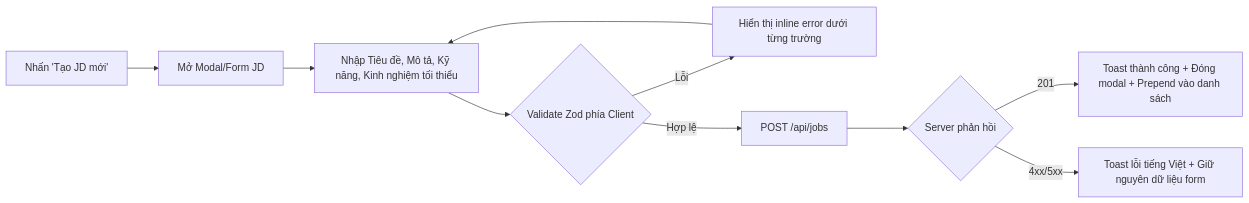
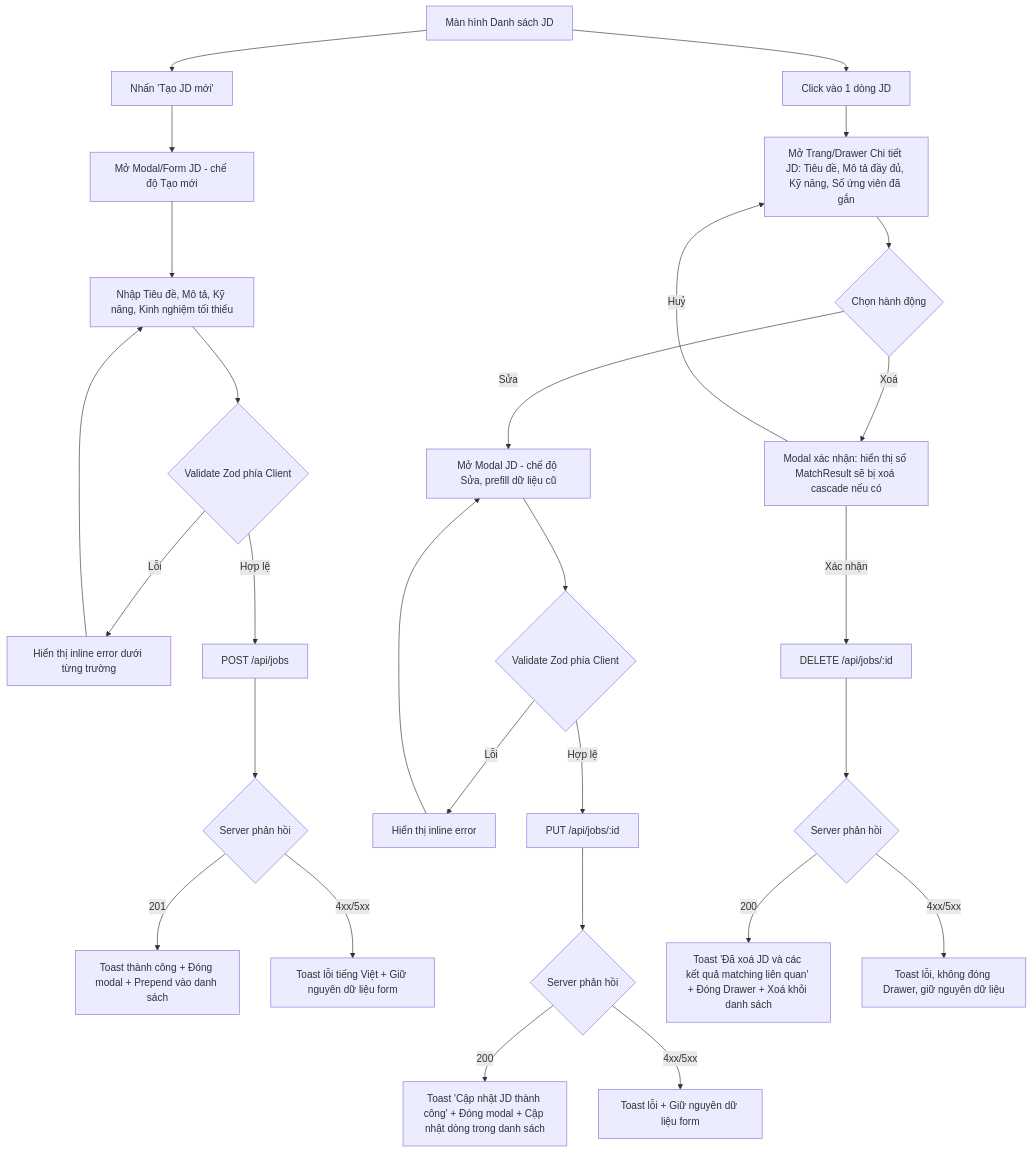
One commit to nadz1112/MikiriCV changed the second of 9 diagrams in docs/Chuong4_CVMikiri_UX.md. Above: the diagram before and after it, drawn with Mermaid. The commit also changed other lines of this file, not shown here.

Commit message:
docs: UX/UI Design (User Flow, Wireframe, Prototype, AI Design Review) for CVMikiri

````diff
--- a/docs/Chuong4_CVMikiri_UX.md
+++ b/docs/Chuong4_CVMikiri_UX.md
@@ -46,12 +49,32 @@
 ```mermaid
-flowchart LR
-    A[Nhấn 'Tạo JD mới'] --> B[Mở Modal/Form JD]
-    B --> C[Nhập Tiêu đề, Mô tả, Kỹ năng, Kinh nghiệm tối thiểu]
-    C --> D{Validate Zod phía Client}
-    D -- Lỗi --> E[Hiển thị inline error dưới từng trường]
-    E --> C
-    D -- Hợp lệ --> F[POST /api/jobs]
-    F --> G{Server phản hồi}
-    G -- 201 --> H[Toast thành công + Đóng modal + Prepend vào danh sách]
-    G -- 4xx/5xx --> I[Toast lỗi tiếng Việt + Giữ nguyên dữ liệu form]
+flowchart TD
+    A[Màn hình Danh sách JD] --> B[Nhấn 'Tạo JD mới']
+    B --> C[Mở Modal/Form JD - chế độ Tạo mới]
+    C --> D[Nhập Tiêu đề, Mô tả, Kỹ năng, Kinh nghiệm tối thiểu]
+    D --> E{Validate Zod phía Client}
+    E -- Lỗi --> F[Hiển thị inline error dưới từng trường]
+    F --> D
+    E -- Hợp lệ --> G[POST /api/jobs]
+    G --> H{Server phản hồi}
+    H -- 201 --> I[Toast thành công + Đóng modal + Prepend vào danh sách]
+    H -- 4xx/5xx --> J[Toast lỗi tiếng Việt + Giữ nguyên dữ liệu form]
+
+    A --> K[Click vào 1 dòng JD]
+    K --> L[Mở Trang/Drawer Chi tiết JD: Tiêu đề, Mô tả đầy đủ, Kỹ năng, Số ứng viên đã gắn]
+    L --> M{Chọn hành động}
+    M -- Sửa --> N[Mở Modal JD - chế độ Sửa, prefill dữ liệu cũ]
+    N --> O{Validate Zod phía Client}
+    O -- Lỗi --> P[Hiển thị inline error]
+    P --> N
+    O -- Hợp lệ --> Q[PUT /api/jobs/:id]
+    Q --> R{Server phản hồi}
+    R -- 200 --> S[Toast 'Cập nhật JD thành công' + Đóng modal + Cập nhật dòng trong danh sách]
+    R -- 4xx/5xx --> T[Toast lỗi + Giữ nguyên dữ liệu form]
+
+    M -- Xoá --> U[Modal xác nhận: hiển thị số MatchResult sẽ bị xoá cascade nếu có]
+    U -- Huỷ --> L
+    U -- Xác nhận --> V[DELETE /api/jobs/:id]
+    V --> W{Server phản hồi}
+    W -- 200 --> X[Toast 'Đã xoá JD và các kết quả matching liên quan' + Đóng Drawer + Xoá khỏi danh sách]
+    W -- 4xx/5xx --> Y[Toast lỗi, không đóng Drawer, giữ nguyên dữ liệu]
 ```
````
